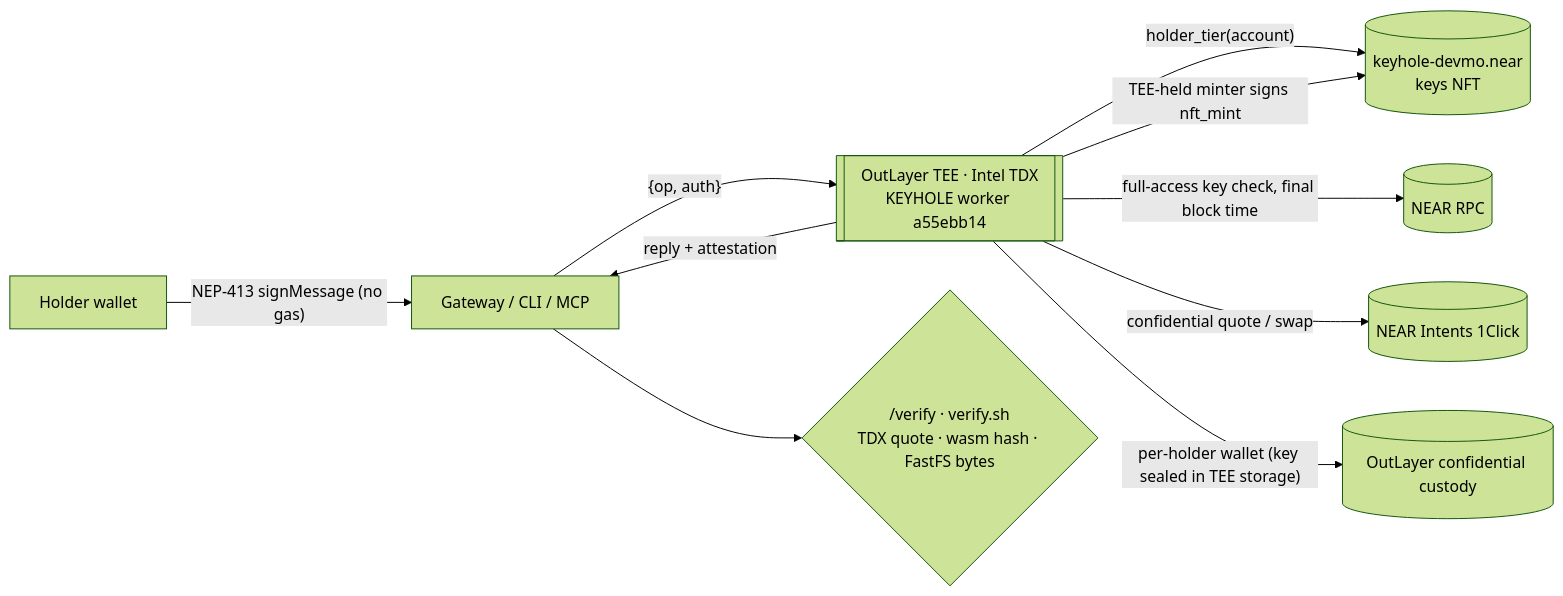
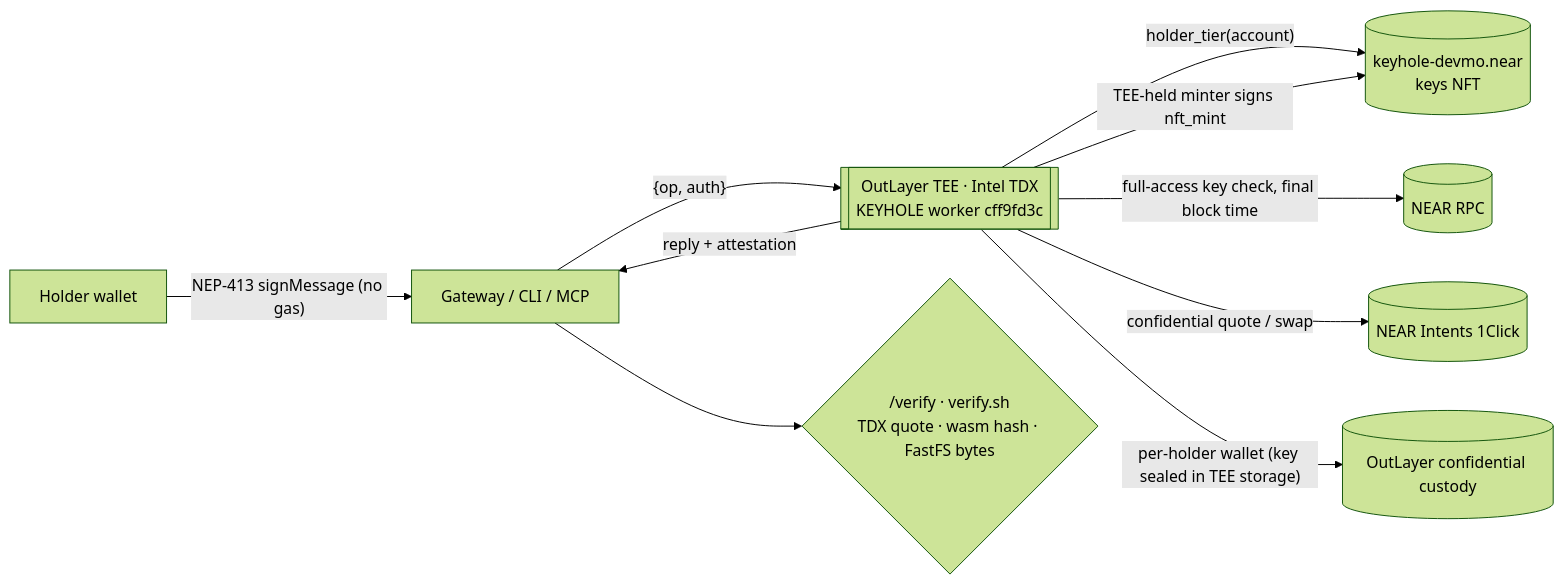
The first of 2 diagrams in README.md (mohamedwael201193/keyhole), drawn with Mermaid (forest theme) before and after one commit. The commit also changed other lines of this file and 23 other files, not shown here.

Commit message:
chore(identity): worker cff9fd3c via identity.json + gen-identity; info call 643a012d; a55ebb14 previous

````diff
--- a/README.md
+++ b/README.md
@@ -180,12 +180,12 @@
 ```mermaid
 flowchart LR
   H[Holder wallet] -- "NEP-413 signMessage (no gas)" --> G[Gateway / CLI / MCP]
-  G -- "{op, auth}" --> T[[OutLayer TEE · Intel TDX<br/>KEYHOLE worker a55ebb14]]
+  G -- "{op, auth}" --> T[[OutLayer TEE · Intel TDX<br/>KEYHOLE worker cff9fd3c]]
   T -- "holder_tier(account)" --> C[(keyhole-devmo.near<br/>keys NFT)]
   T -- "full-access key check, final block time" --> N[(NEAR RPC)]
   T -- "confidential quote / swap" --> I[(NEAR Intents 1Click)]
   T -- "per-holder wallet (key sealed in TEE storage)" --> W[(OutLayer confidential custody)]
   T -- "TEE-held minter signs nft_mint" --> C
   T -- "reply + attestation" --> G
   G --> V{"/verify · verify.sh<br/>TDX quote · wasm hash · FastFS bytes"}
 ```
````
